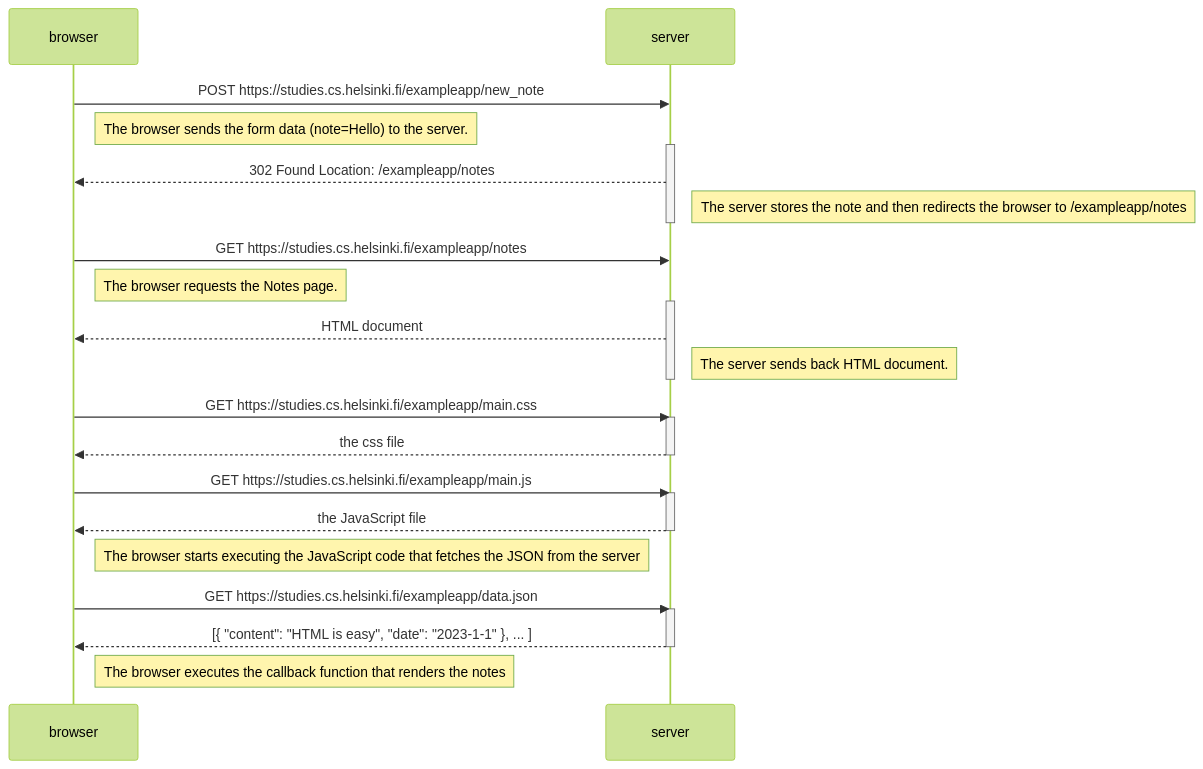
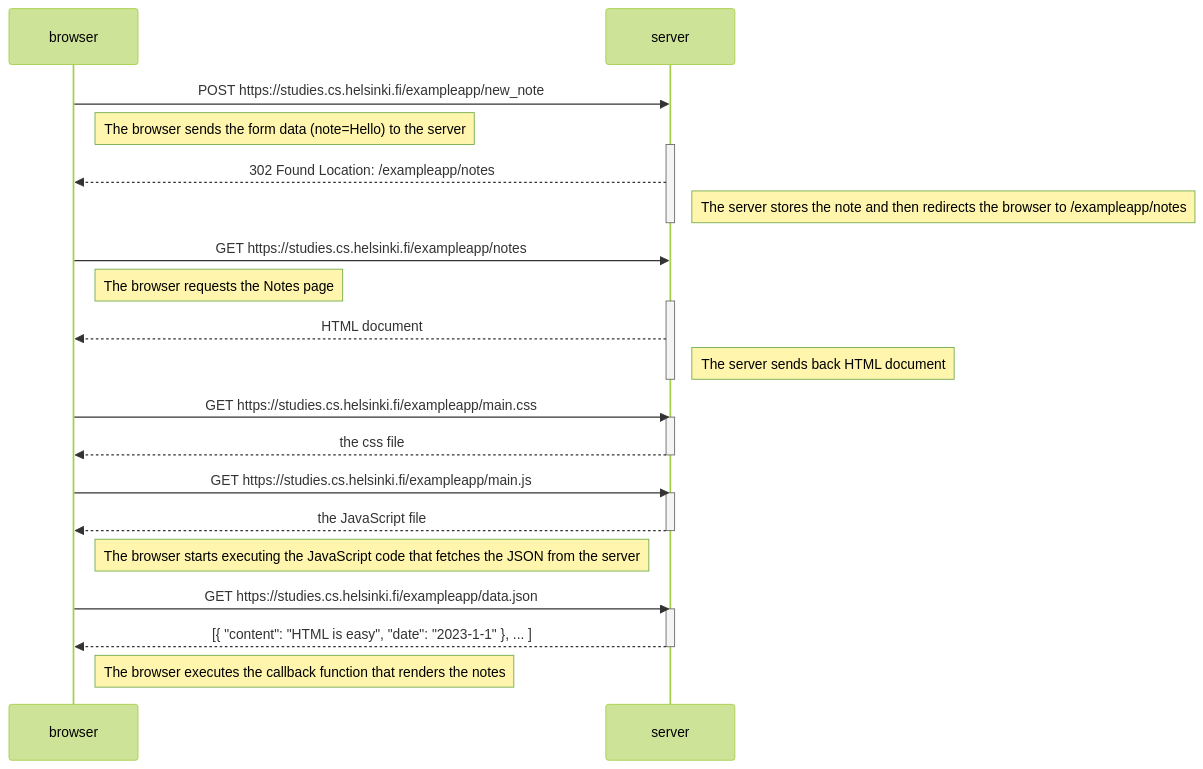
Before and after one commit to kjh/palautukset: the diagram in osa0/04_uusi muistiinpano.md, drawn with Mermaid (forest theme). The commit also changed 1 other file, not shown here.

Commit message:
osa0 palautus

````diff
--- a/osa0/04_uusi muistiinpano.md
+++ b/osa0/04_uusi muistiinpano.md
@@ -1,38 +1,38 @@
 ```mermaid
 sequenceDiagram
     participant browser
     participant server
 
     browser->>server: POST https://studies.cs.helsinki.fi/exampleapp/new_note
-    Note right of browser: The browser sends the form data (note=Hello) to the server.
+    Note right of browser: The browser sends the form data (note=Hello) to the server
     activate server
     server-->>browser: 302 Found Location: /exampleapp/notes
     Note right of server: The server stores the note and then redirects the browser to /exampleapp/notes
     deactivate server
     
     browser->>server: GET https://studies.cs.helsinki.fi/exampleapp/notes
-    Note right of browser: The browser requests the Notes page. 
+    Note right of browser: The browser requests the Notes page
     activate server 
     server-->>browser: HTML document 
-    Note right of server: The server sends back HTML document. 
+    Note right of server: The server sends back HTML document
     deactivate server
     
     browser->>server: GET https://studies.cs.helsinki.fi/exampleapp/main.css
     activate server
     server-->>browser: the css file
     deactivate server
     
     browser->>server: GET https://studies.cs.helsinki.fi/exampleapp/main.js
     activate server
     server-->>browser: the JavaScript file
     deactivate server
     
     Note right of browser: The browser starts executing the JavaScript code that fetches the JSON from the server
     
     browser->>server: GET https://studies.cs.helsinki.fi/exampleapp/data.json
     activate server
     server-->>browser: [{ "content": "HTML is easy", "date": "2023-1-1" }, ... ]
     deactivate server    
 
     Note right of browser: The browser executes the callback function that renders the notes
 ```
````
